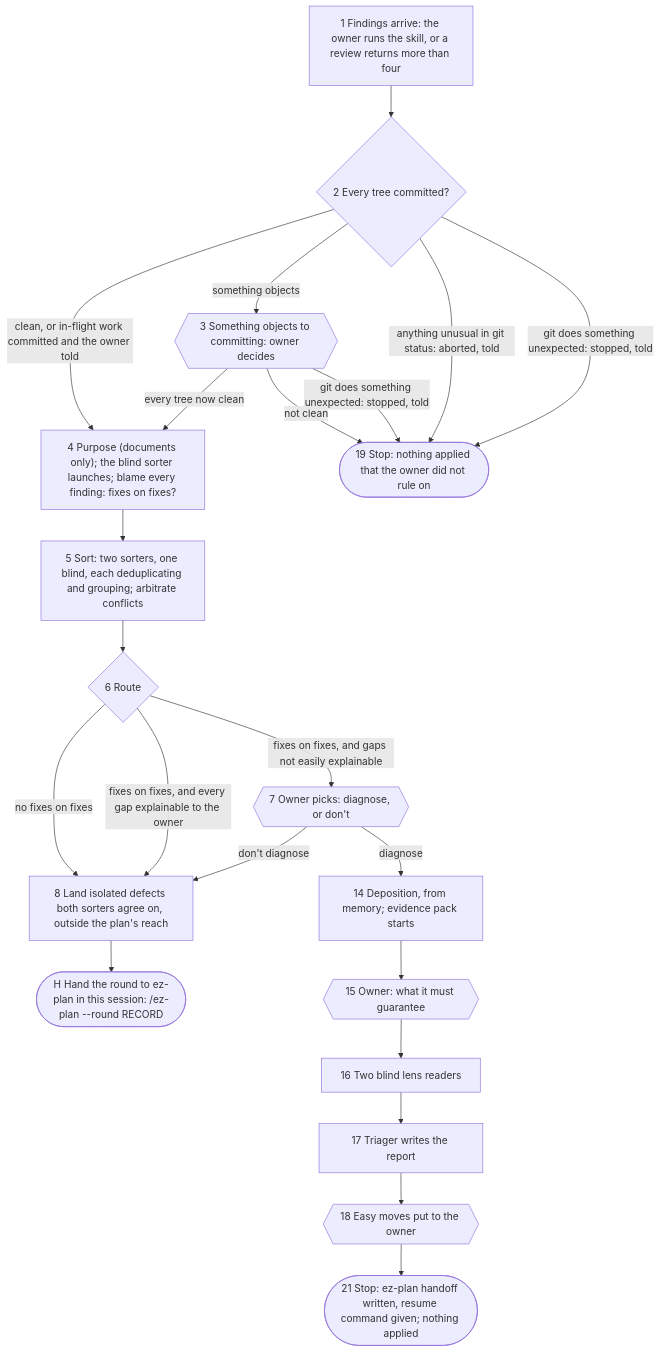
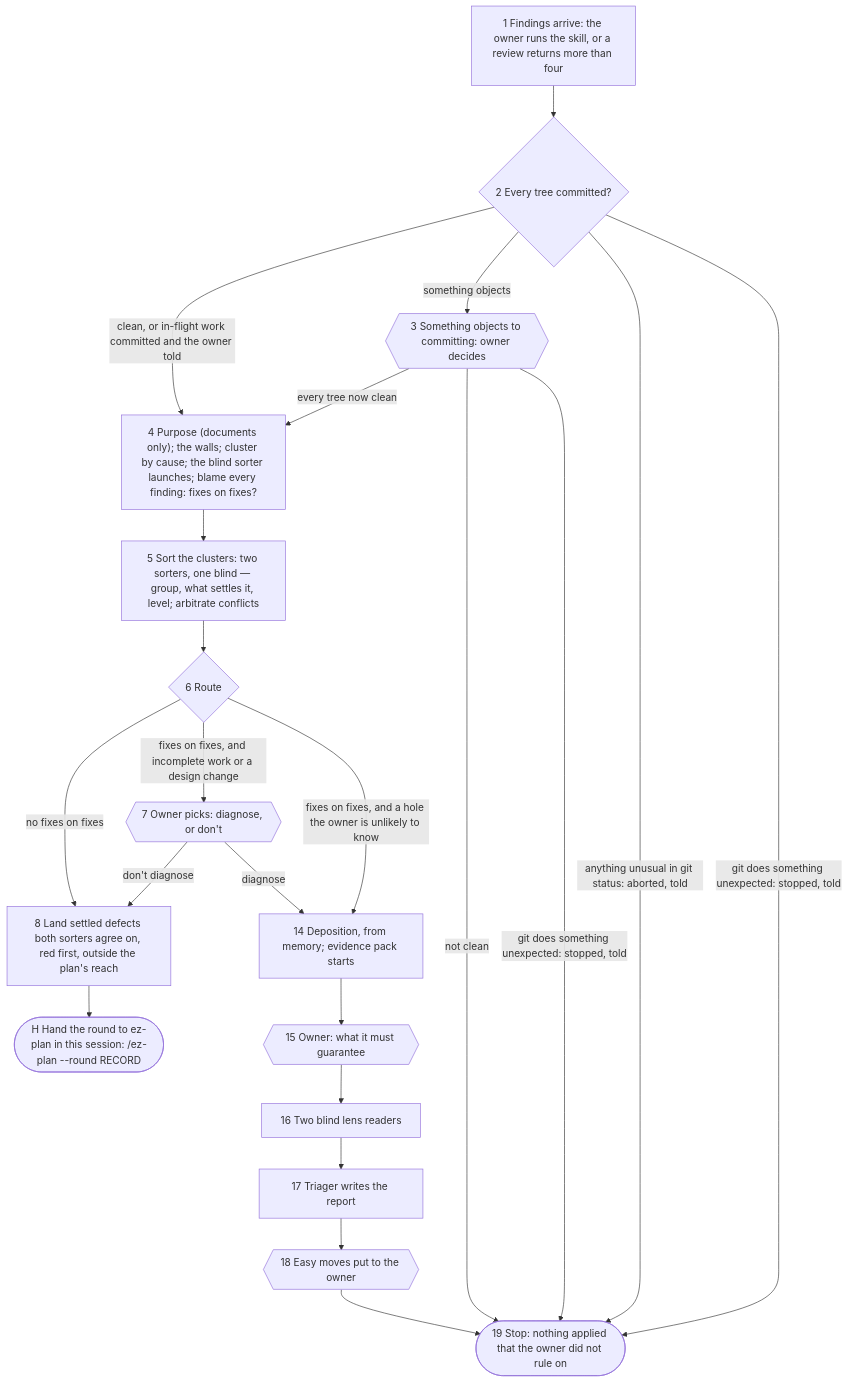
One commit to iwalton3/codemap changed the diagram in skills/triage-review/references/contract.md. Above: the diagram before and after it, drawn with Mermaid. The commit also changed other lines of this file and 21 other files, not shown here.

````diff
--- a/skills/triage-review/references/contract.md
+++ b/skills/triage-review/references/contract.md
@@ -23,36 +25,35 @@
 ```mermaid
 flowchart TD
   F["1 Findings arrive: the owner runs the skill, or a review returns more than four"]
   T{"2 Every tree committed?"}
   Q1{{"3 Something objects to committing: owner decides"}}
-  B["4 Purpose (documents only); the blind sorter launches; blame every finding: fixes on fixes?"]
-  S["5 Sort: two sorters, one blind, each deduplicating and grouping; arbitrate conflicts"]
+  B["4 Purpose (documents only); the walls; cluster by cause; the blind sorter launches; blame every finding: fixes on fixes?"]
+  S["5 Sort the clusters: two sorters, one blind — group, what settles it, level; arbitrate conflicts"]
   R{"6 Route"}
   Q2{{"7 Owner picks: diagnose, or don't"}}
-  L["8 Land isolated defects both sorters agree on, outside the plan's reach"]
+  L["8 Land settled defects both sorters agree on, red first, outside the plan's reach"]
   H(["H Hand the round to ez-plan in this session: /ez-plan --round RECORD"])
   D["14 Deposition, from memory; evidence pack starts"]
   G{{"15 Owner: what it must guarantee"}}
   Y["16 Two blind lens readers"]
   TR["17 Triager writes the report"]
   M{{"18 Easy moves put to the owner"}}
   E(["19 Stop: nothing applied that the owner did not rule on"])
-  HD(["21 Stop: ez-plan handoff written, resume command given; nothing applied"])
 
   F --> T
   T -- "clean, or in-flight work committed and the owner told" --> B
   T -- "something objects" --> Q1
   Q1 -- "every tree now clean" --> B
   Q1 -- "not clean" --> E
   T -- "anything unusual in git status: aborted, told" --> E
   T -- "git does something unexpected: stopped, told" --> E
   Q1 -- "git does something unexpected: stopped, told" --> E
   B --> S --> R
   R -- "no fixes on fixes" --> L
-  R -- "fixes on fixes, and every gap explainable to the owner" --> L
-  R -- "fixes on fixes, and gaps not easily explainable" --> Q2
+  R -- "fixes on fixes, and incomplete work or a design change" --> Q2
+  R -- "fixes on fixes, and a hole the owner is unlikely to know" --> D
   Q2 -- "don't diagnose" --> L
   Q2 -- diagnose --> D
   L --> H
-  D --> G --> Y --> TR --> M --> HD
+  D --> G --> Y --> TR --> M --> E
 ```
````
